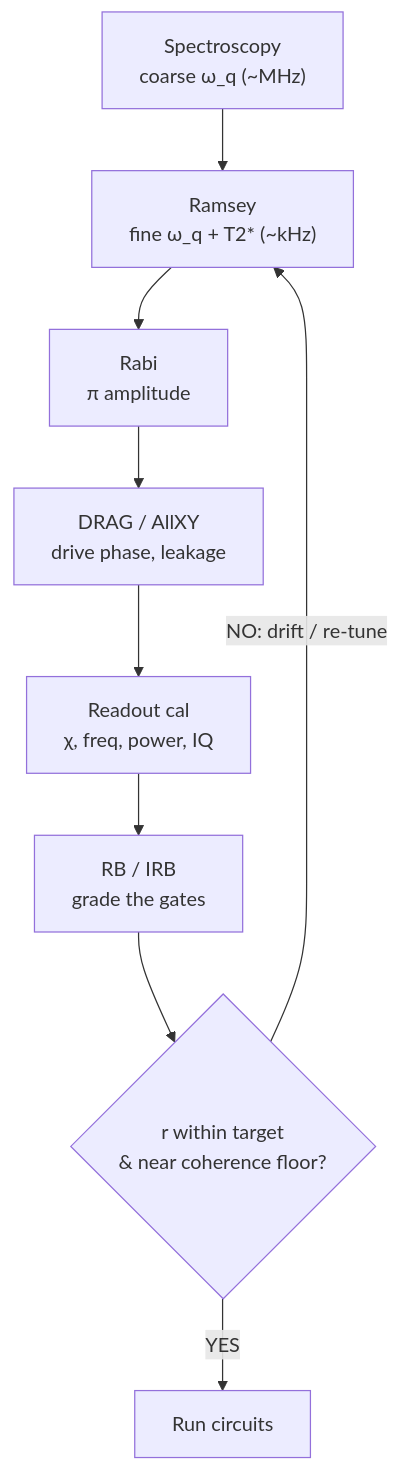
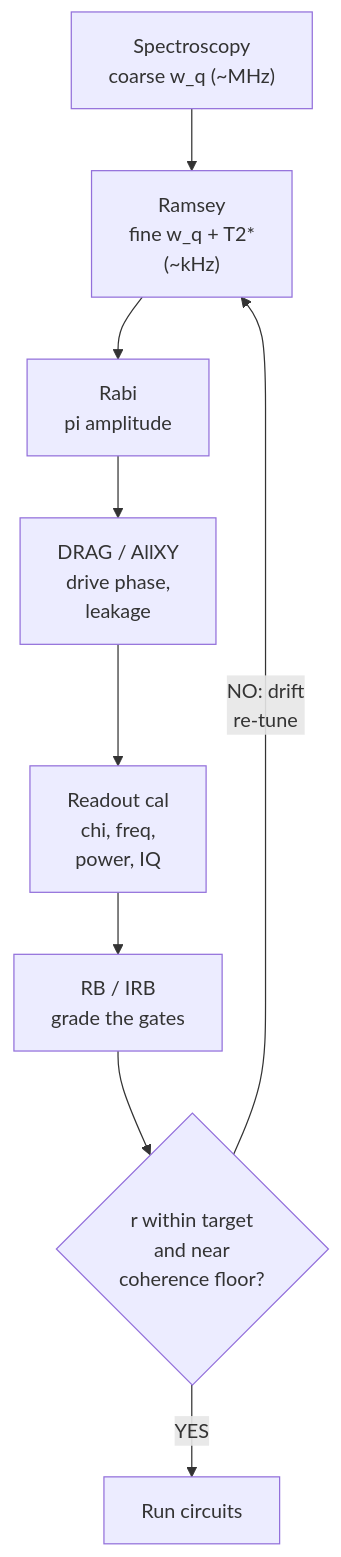
One commit to Iamsohungrynow/superconducting-qubits-journey changed the diagram in tutorial/11-benchmarking.md. Above: the diagram before and after it, drawn with Mermaid. The commit also changed 11 other files, not shown here.

Commit message:
Rewrite Mermaid diagrams for clear GitHub rendering (TD layout, short labels)

````diff
--- a/tutorial/11-benchmarking.md
+++ b/tutorial/11-benchmarking.md
@@ -9,11 +9,11 @@
 ```mermaid
 flowchart TD
-    A["Spectroscopy<br/>coarse ω_q (~MHz)"] --> B["Ramsey<br/>fine ω_q + T2* (~kHz)"]
-    B --> C["Rabi<br/>π amplitude"]
-    C --> D["DRAG / AllXY<br/>drive phase, leakage"]
-    D --> E["Readout cal<br/>χ, freq, power, IQ"]
+    A["Spectroscopy<br/>coarse w_q (~MHz)"] --> B["Ramsey<br/>fine w_q + T2*<br/>(~kHz)"]
+    B --> C["Rabi<br/>pi amplitude"]
+    C --> D["DRAG / AllXY<br/>drive phase,<br/>leakage"]
+    D --> E["Readout cal<br/>chi, freq,<br/>power, IQ"]
     E --> F["RB / IRB<br/>grade the gates"]
-    F --> G{"r within target<br/>& near coherence floor?"}
-    G -- "NO: drift / re-tune" --> B
-    G -- "YES" --> H["Run circuits"]
+    F --> G{"r within target<br/>and near<br/>coherence floor?"}
+    G -->|"NO: drift<br/>re-tune"| B
+    G -->|"YES"| H["Run circuits"]
 ```
````
